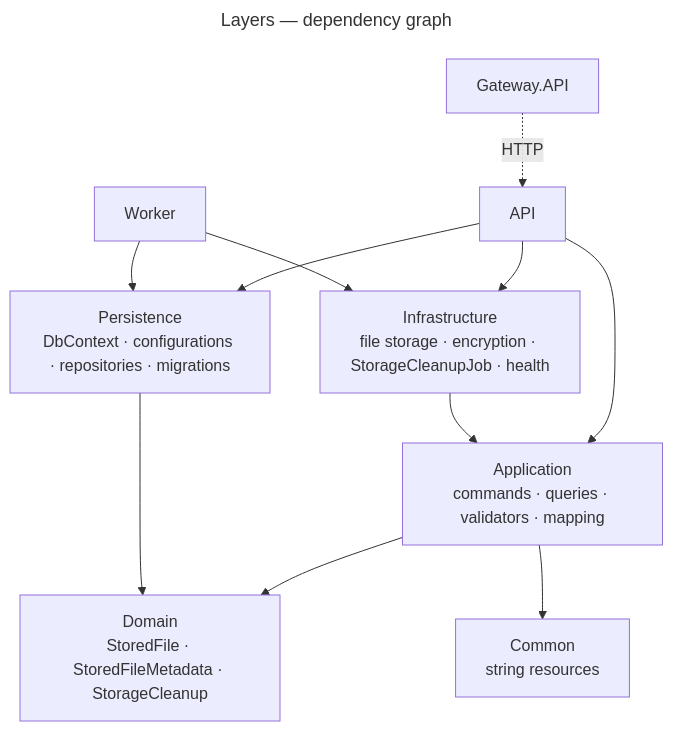
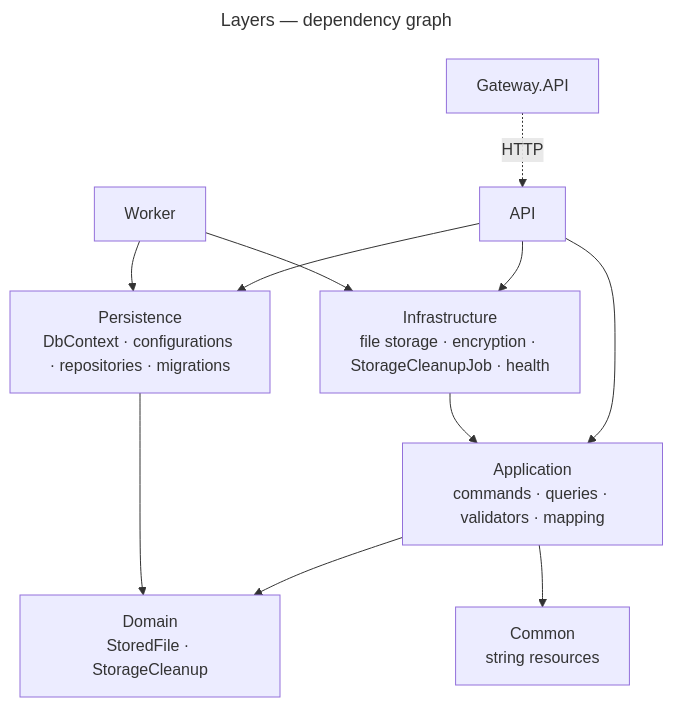
One commit to gmetskhvarishvili/GM.FileStorage.Samples changed the second of 3 diagrams in docs/architecture.md. Above: the diagram before and after it, drawn with Mermaid. The commit also changed other lines of this file and 27 other files, not shown here.

First line of the commit message:
refactor: drop the stored_file_metadata table

````diff
--- a/docs/architecture.md
+++ b/docs/architecture.md
@@ -60,25 +60,25 @@
 ```mermaid
 ---
 title: Layers — dependency graph
 ---
 flowchart TB
     gateway[Gateway.API]
     apiHost[API]
     workerHost[Worker]
     app[Application<br/>commands · queries · validators · mapping]
     infra[Infrastructure<br/>file storage · encryption · StorageCleanupJob · health]
     pers[Persistence<br/>DbContext · configurations · repositories · migrations]
-    domain[Domain<br/>StoredFile · StoredFileMetadata · StorageCleanup]
+    domain[Domain<br/>StoredFile · StorageCleanup]
     common[Common<br/>string resources]
 
     gateway -. HTTP .-> apiHost
     apiHost --> app
     apiHost --> infra
     apiHost --> pers
     workerHost --> infra
     workerHost --> pers
     infra --> app
     app --> domain
     pers --> domain
     app --> common
 ```
````
